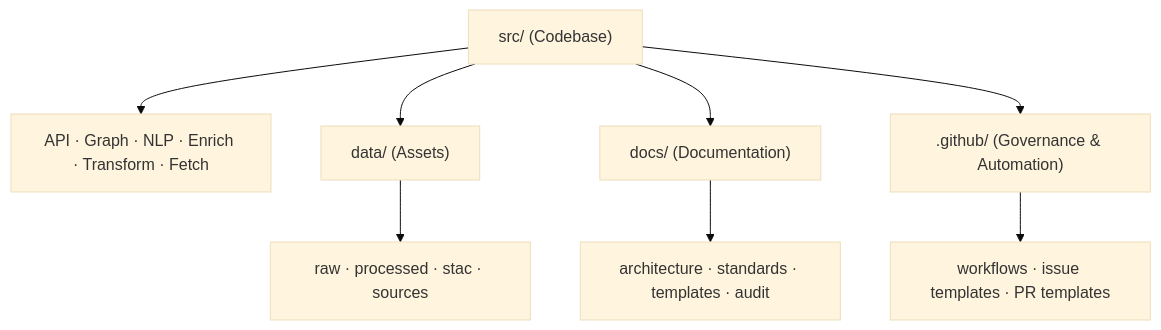
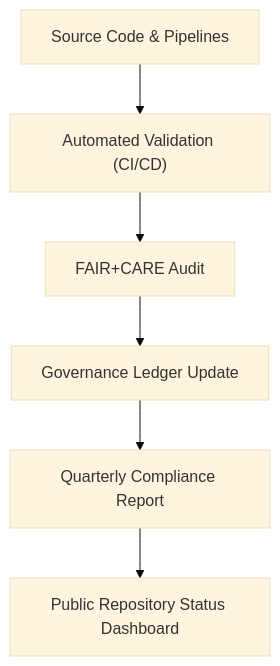
The diagram in docs/audit/repository_compliance.md (bartytime4life/Kansas-Frontier-Matrix), drawn with Mermaid (base theme) before and after one commit. The commit also changed other lines of this file, not shown here.

First line of the commit message:
Update repository compliance document to v2.1.1

````diff
--- a/docs/audit/repository_compliance.md
+++ b/docs/audit/repository_compliance.md
@@ -65,10 +58,8 @@
 ```mermaid
 flowchart TD
-    A["src/ (Codebase)"] --> B["API · Graph · NLP · Enrich · Transform · Fetch"]
-    A --> C["data/ (Assets)"]
-    C --> D["raw · processed · stac · sources"]
-    A --> E["docs/ (Documentation)"]
-    E --> F["architecture · standards · templates · audit"]
-    A --> G[".github/ (Governance & Automation)"]
-    G --> H["workflows · issue templates · PR templates"]
+  A["Source Code & Pipelines"] --> B["Automated Validation (CI/CD)"]
+  B --> C["FAIR+CARE Audit"]
+  C --> D["Governance Ledger Update"]
+  D --> E["Quarterly Compliance Report"]
+  E --> F["Public Repository Status Dashboard"]
 ```
````
